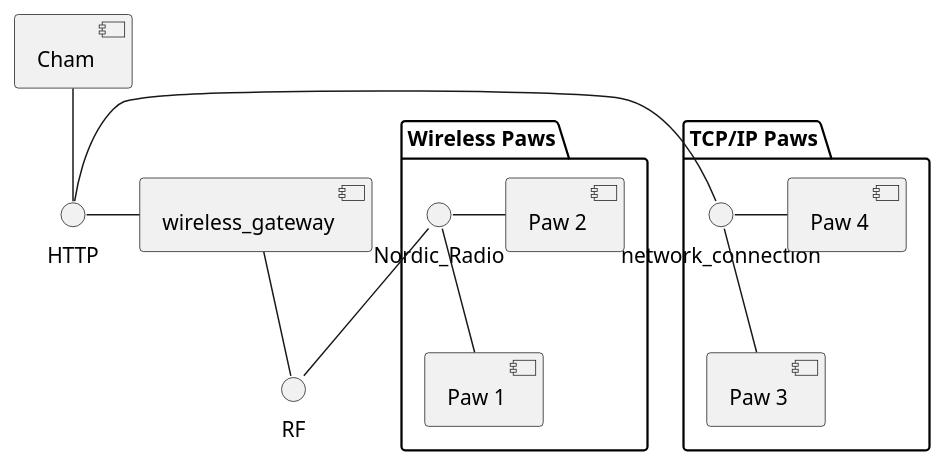
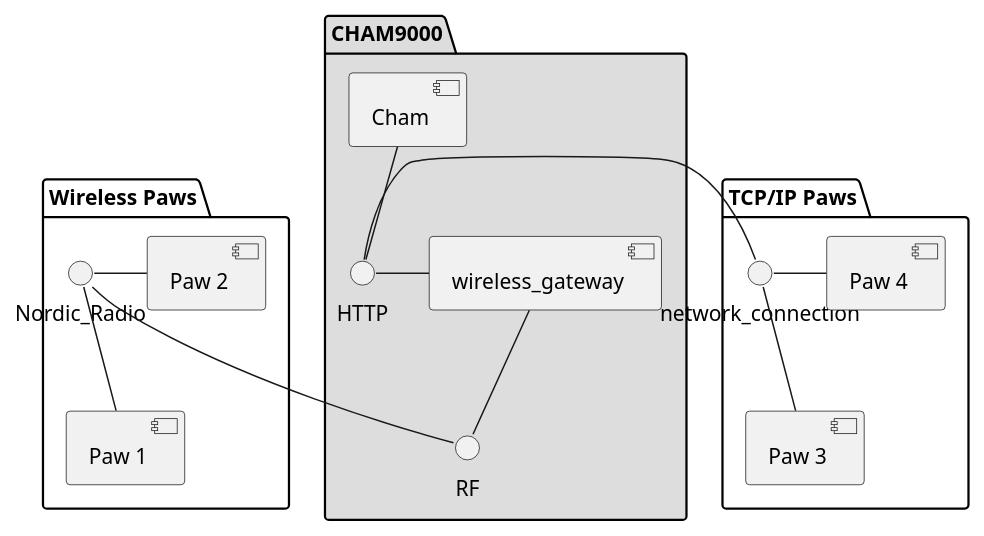
One commit to fiveohhh/cham9000 changed the first of 5 diagrams in docs/source/architecture.rst. Above: the diagram before and after it, drawn with PlantUML.

Commit message:
Adding color to cham package
This is to help it stand out as being the central component.

```diff
--- a/docs/source/architecture.rst
+++ b/docs/source/architecture.rst
@@ -115,16 +115,18 @@
 .. uml::
 
+    package "CHAM9000" #DDDDDD{
     [Cham] -- HTTP
     HTTP - [wireless_gateway]
     [wireless_gateway] -- RF
+    }
     
     package "Wireless Paws" {
     Nordic_Radio -- [Paw 1]
     Nordic_Radio - [Paw 2]
     Nordic_Radio -- RF
     }
     package "TCP/IP Paws" {
     network_connection -- [Paw 3]
     network_connection - [Paw 4]
     HTTP - network_connection
     }
```
